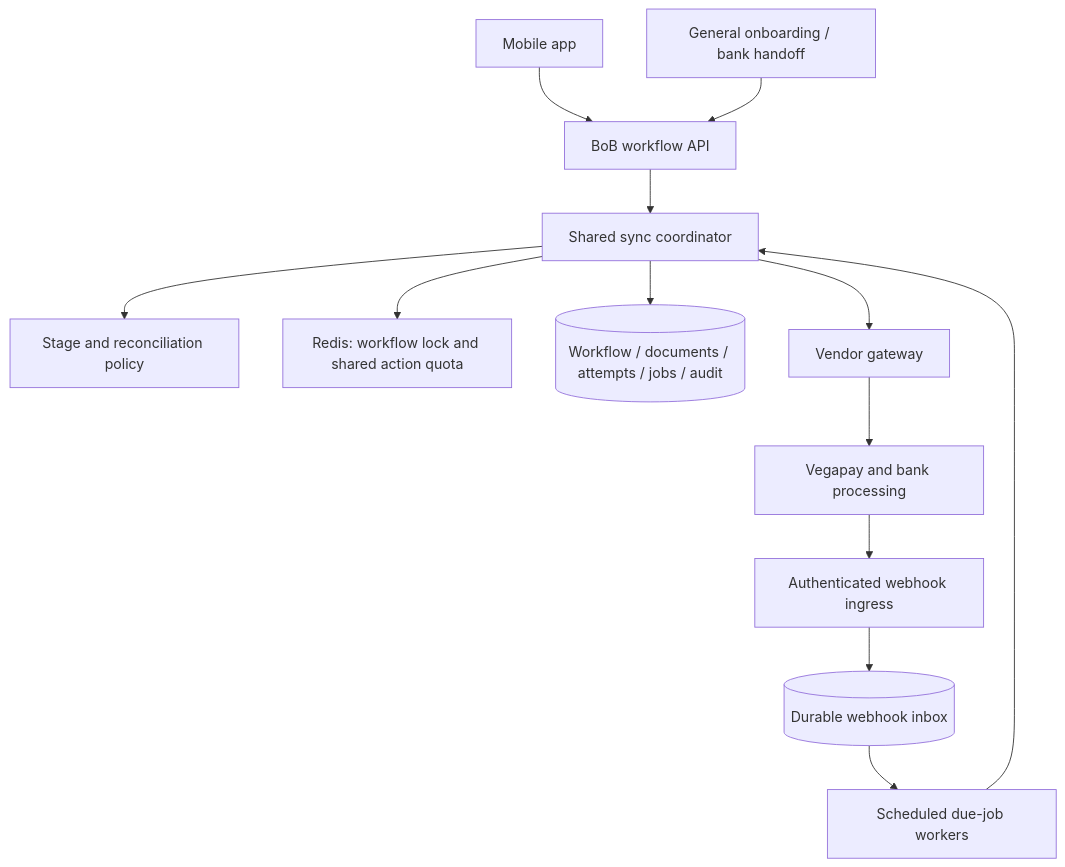
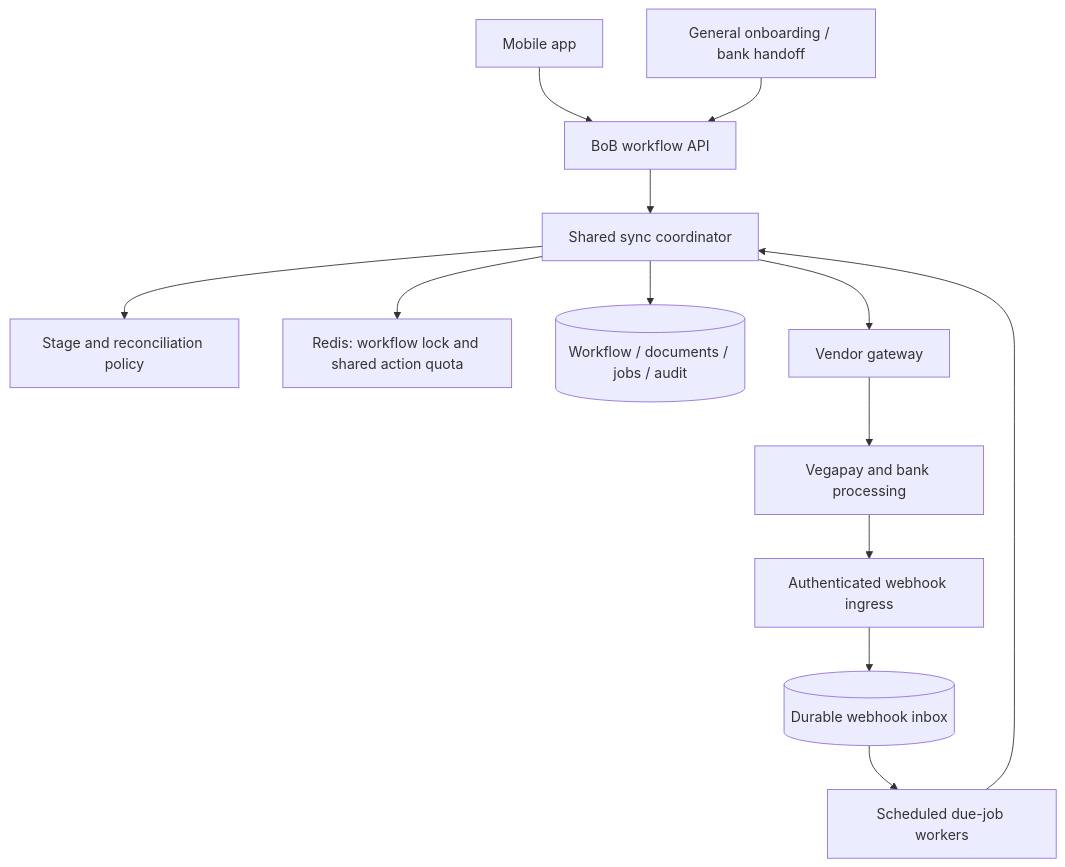
Before and after one commit to vineet224/first_project: the first of 3 diagrams in systemdesign2.md, drawn with Mermaid. The commit also changed other lines of this file and 2 other files, not shown here.

````diff
--- a/systemdesign2.md
+++ b/systemdesign2.md
@@ -63,27 +65,27 @@
 ```mermaid
 flowchart TD
     App[Mobile app]
     General[General onboarding / bank handoff]
     API[BoB workflow API]
     Inbox[Authenticated webhook ingress]
     Receipts[(Durable webhook inbox)]
     Worker[Scheduled due-job workers]
     Coordinator[Shared sync coordinator]
     Policy[Stage and reconciliation policy]
     Redis[Redis: workflow lock and shared action quota]
-    DB[(Workflow / documents / attempts / jobs / audit)]
+    DB[(Workflow / documents / jobs / audit)]
     Client[Vendor gateway]
     Vegapay[Vegapay and bank processing]
     App --> API
     General --> API
     Vegapay --> Inbox
     Inbox --> Receipts
     Receipts --> Worker
     API --> Coordinator
     Worker --> Coordinator
     Coordinator --> Policy
     Coordinator --> Redis
     Coordinator --> DB
     Coordinator --> Client
     Client --> Vegapay
 ```
````
